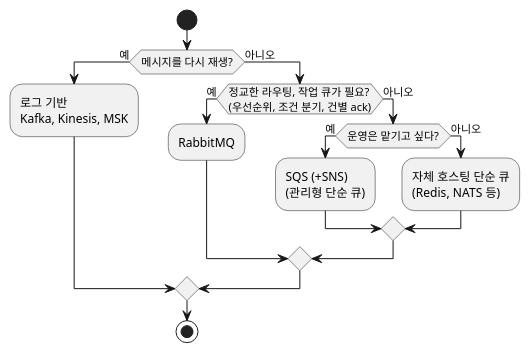
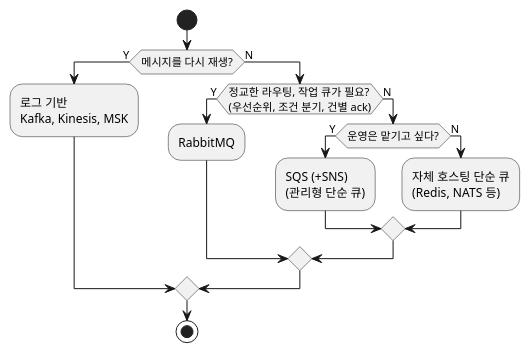
One commit to johnycho/johny-dev changed the second of 3 diagrams in blog/2026-08-18-message-queue-comparison.mdx. Above: the diagram before and after it, drawn with PlantUML. The commit also changed 70 other files, not shown here.

````diff
--- a/blog/2026-08-18-message-queue-comparison.mdx
+++ b/blog/2026-08-18-message-queue-comparison.mdx
@@ -85,19 +85,19 @@
 ```plantuml
 @startuml
 start
-if (메시지를 다시 재생?) then (예)
+if (메시지를 다시 재생?) then (Y)
   :로그 기반\nKafka, Kinesis, MSK;
-else (아니오)
-  if (정교한 라우팅, 작업 큐가 필요?\n(우선순위, 조건 분기, 건별 ack)) then (예)
+else (N)
+  if (정교한 라우팅, 작업 큐가 필요?\n(우선순위, 조건 분기, 건별 ack)) then (Y)
     :RabbitMQ;
-  else (아니오)
-    if (운영은 맡기고 싶다?) then (예)
+  else (N)
+    if (운영은 맡기고 싶다?) then (Y)
       :SQS (+SNS)\n(관리형 단순 큐);
-    else (아니오)
+    else (N)
       :자체 호스팅 단순 큐\n(Redis, NATS 등);
     endif
   endif
 endif
 stop
 @enduml
 ```
````
